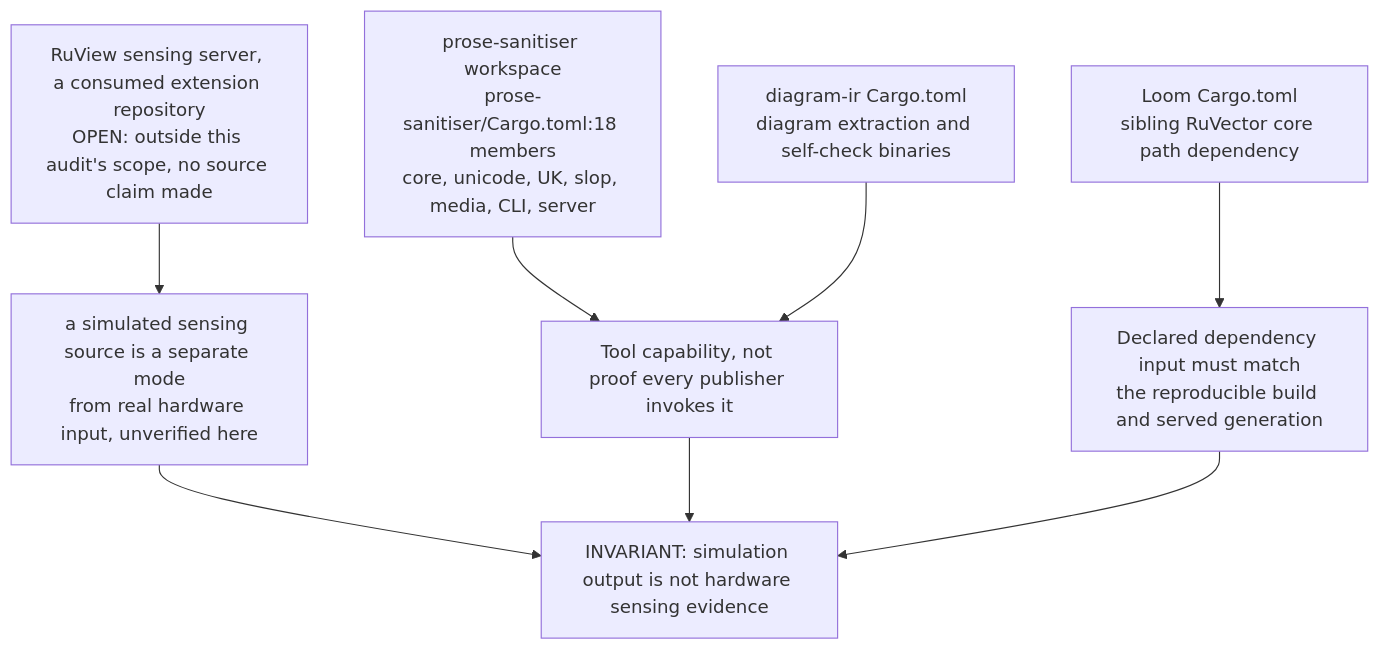
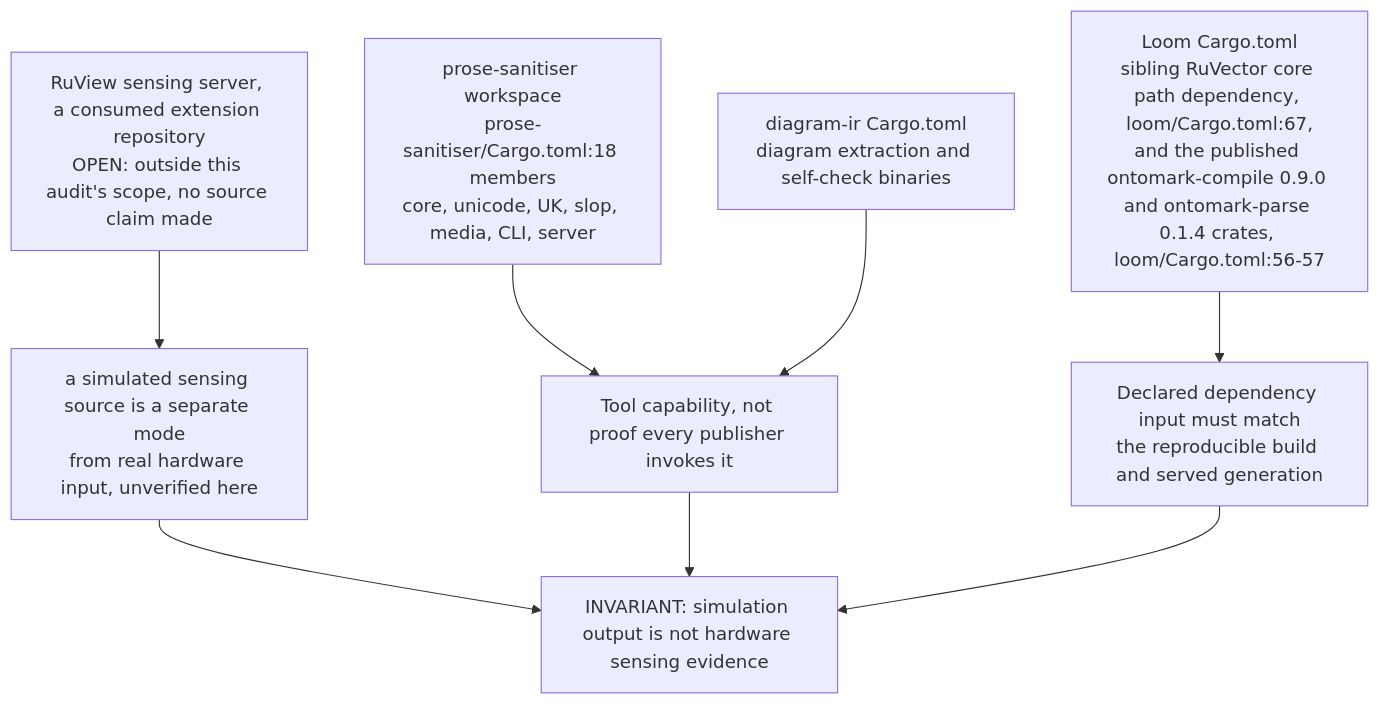
The fourth of 5 diagrams in docs/diagrams/estate/90-evidence-and-supporting-repositories.md (DreamLab-AI/VisionFlow), drawn with Mermaid before and after one commit. The commit also changed other lines of this file and 70 other files, not shown here.

First line of the commit message:
docs(diagrams): re-verify 69 topics at current default-branch heads

````diff
--- a/docs/diagrams/estate/90-evidence-and-supporting-repositories.md
+++ b/docs/diagrams/estate/90-evidence-and-supporting-repositories.md
@@ -96,10 +96,10 @@
 ```mermaid
 flowchart TB
     PS["prose-sanitiser workspace<br/>prose-sanitiser/Cargo.toml:18 members<br/>core, unicode, UK, slop, media, CLI, server"] --> PT["Tool capability, not proof every publisher invokes it"]
     DI["diagram-ir Cargo.toml<br/>diagram extraction and self-check binaries"] --> PT
-    L["Loom Cargo.toml<br/>sibling RuVector core path dependency"] --> INPUT["Declared dependency input must match<br/>the reproducible build and served generation"]
+    L["Loom Cargo.toml<br/>sibling RuVector core path dependency, loom/Cargo.toml:67,<br/>and the published ontomark-compile 0.9.0 and ontomark-parse 0.1.4 crates, loom/Cargo.toml:56-57"] --> INPUT["Declared dependency input must match<br/>the reproducible build and served generation"]
     RV["RuView sensing server, a consumed extension repository<br/>OPEN: outside this audit's scope, no source claim made"] --> SIM["a simulated sensing source is a separate mode<br/>from real hardware input, unverified here"]
     SIM --> BOUND["INVARIANT: simulation output is not hardware sensing evidence"]
     PT --> BOUND
     INPUT --> BOUND
 ```
````
